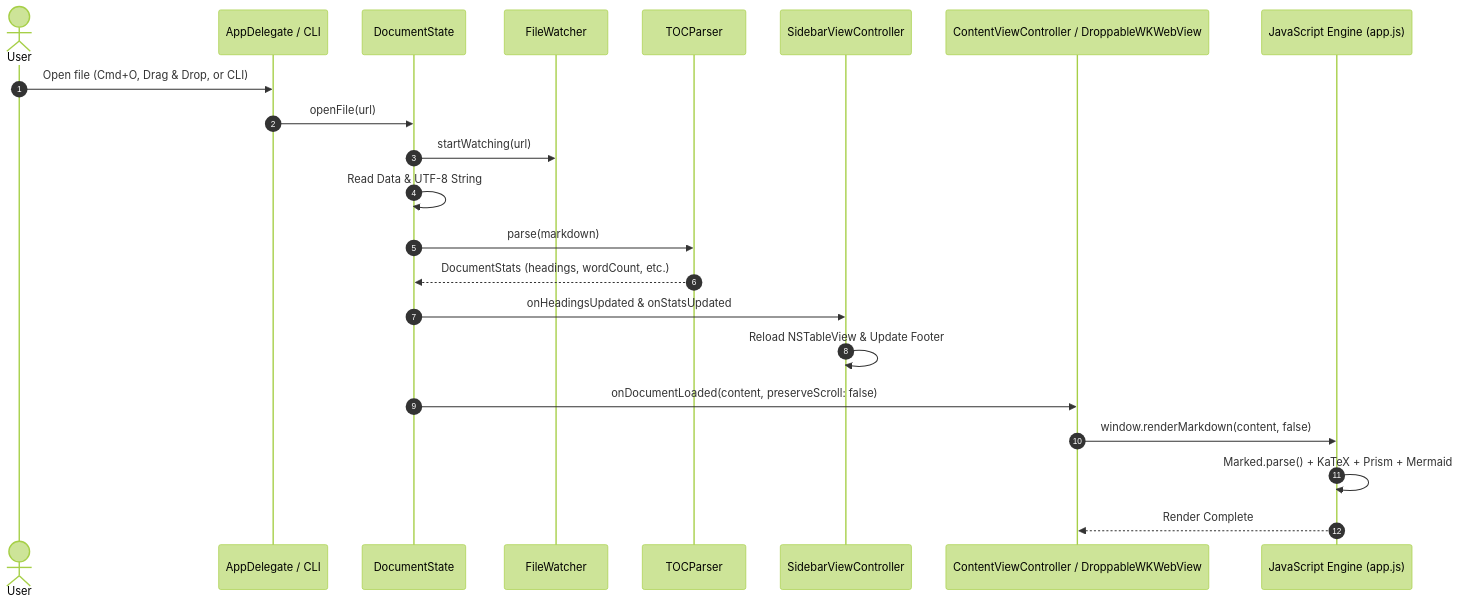
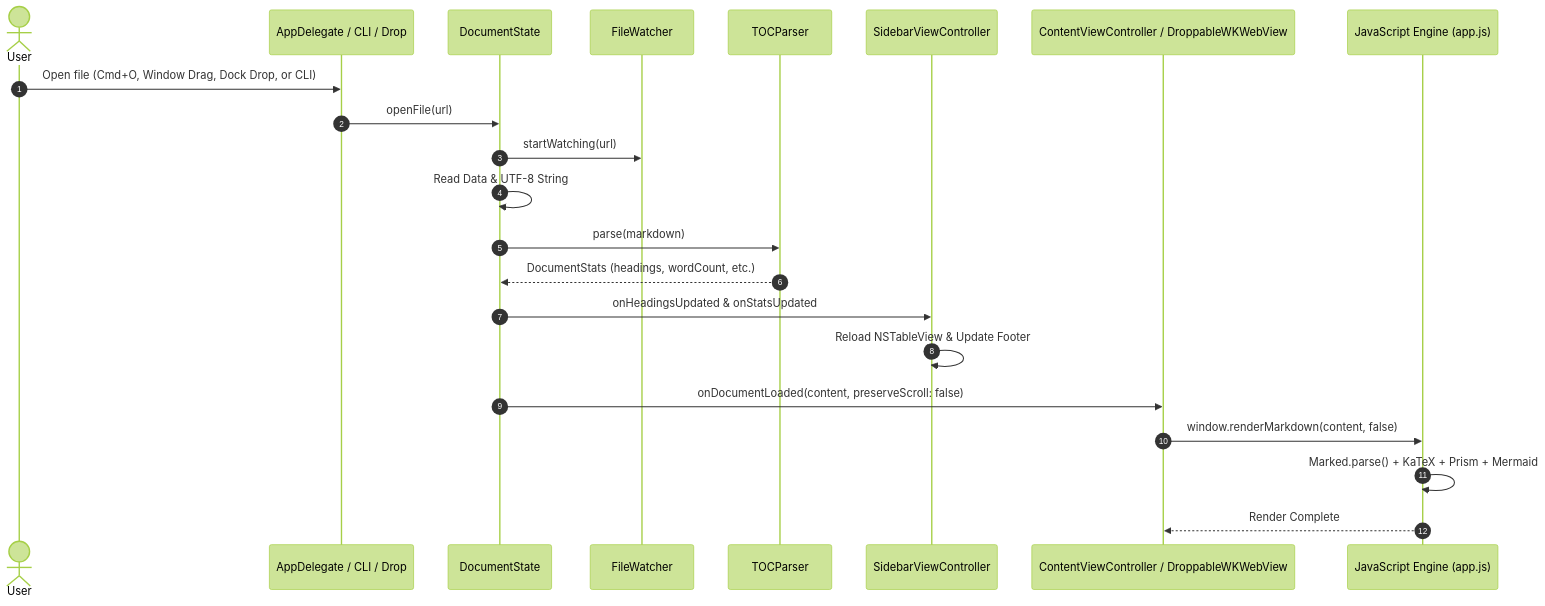
One commit to slemay/mdviewer changed the second of 3 diagrams in DESIGN.md. Above: the diagram before and after it, drawn with Mermaid (forest theme). The commit also changed other lines of this file and 1 other file, not shown here.

Commit message:
docs: update README.md and DESIGN.md with drag & drop, icon, and layout specs

````diff
--- a/DESIGN.md
+++ b/DESIGN.md
@@ -217,25 +244,25 @@
 ```mermaid
 sequenceDiagram
     autonumber
     actor User
-    participant App as AppDelegate / CLI
+    participant App as AppDelegate / CLI / Drop
     participant State as DocumentState
     participant Watcher as FileWatcher
     participant Parser as TOCParser
     participant Sidebar as SidebarViewController
     participant Web as ContentViewController / DroppableWKWebView
     participant DOM as JavaScript Engine (app.js)
 
-    User->>App: Open file (Cmd+O, Drag & Drop, or CLI)
+    User->>App: Open file (Cmd+O, Window Drag, Dock Drop, or CLI)
     App->>State: openFile(url)
     State->>Watcher: startWatching(url)
     State->>State: Read Data & UTF-8 String
     State->>Parser: parse(markdown)
     Parser-->>State: DocumentStats (headings, wordCount, etc.)
     State->>Sidebar: onHeadingsUpdated & onStatsUpdated
     Sidebar->>Sidebar: Reload NSTableView & Update Footer
     State->>Web: onDocumentLoaded(content, preserveScroll: false)
     Web->>DOM: window.renderMarkdown(content, false)
     DOM->>DOM: Marked.parse() + KaTeX + Prism + Mermaid
     DOM-->>Web: Render Complete
 ```
````
